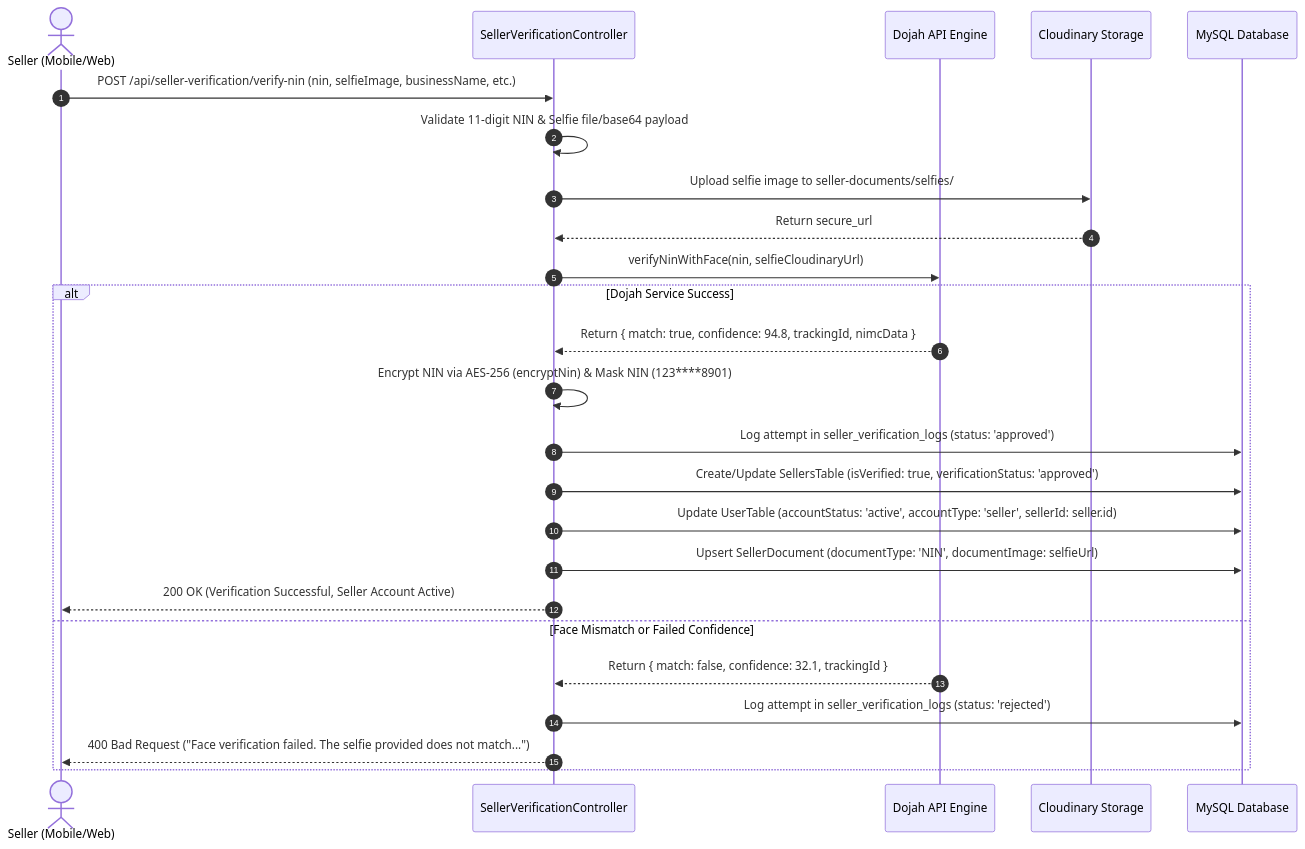
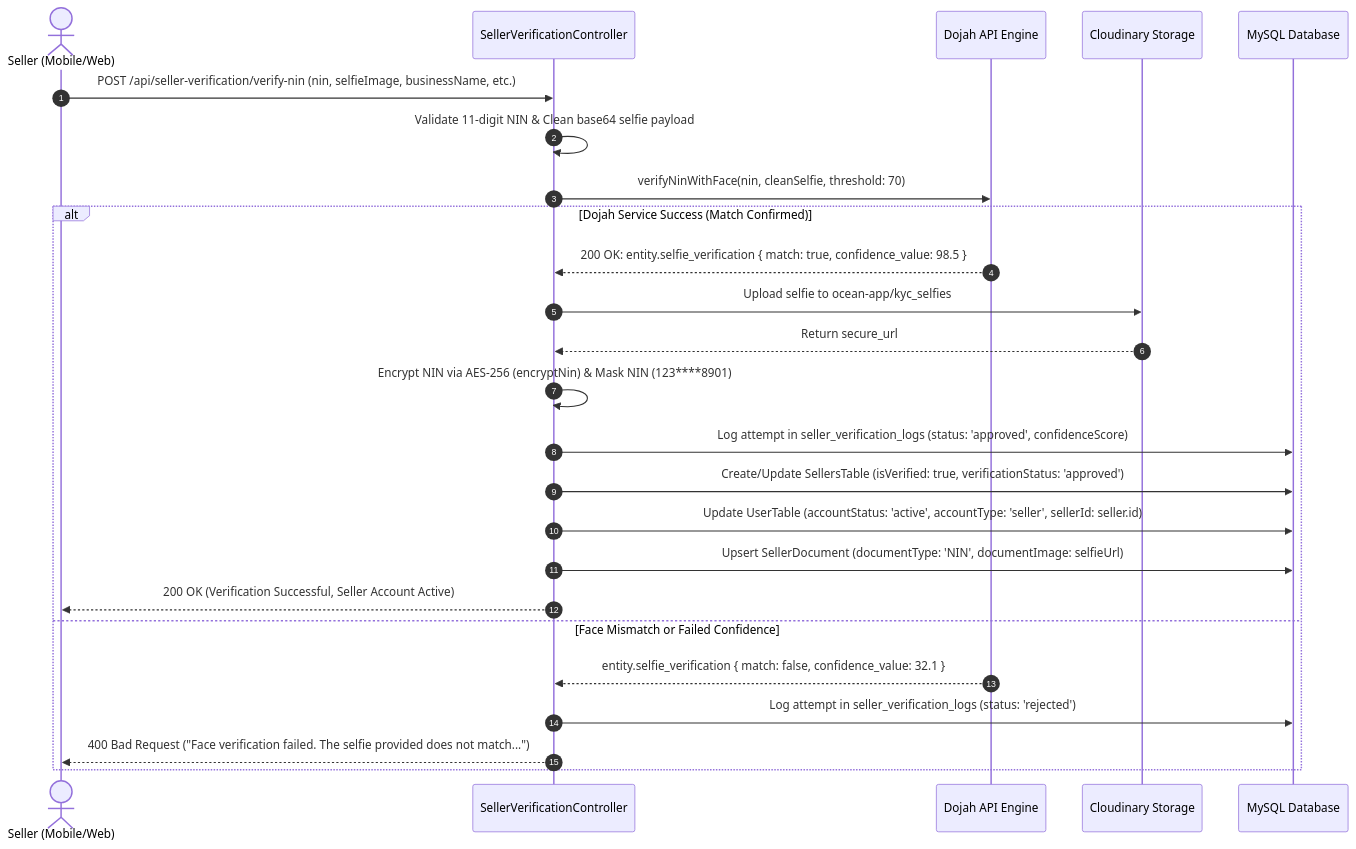
One commit to Oceanpulse-devs/ocean_app changed the diagram in ocean_server/featuresDocs/authentication/SELLER_NIN_VERIFICATION.md. Above: the diagram before and after it, drawn with Mermaid. The commit also changed other lines of this file and 4 other files, not shown here.

Commit message:
feat: update Dojah NIN verification to handle nested selfie responses and configurable threshold

````diff
--- a/ocean_server/featuresDocs/authentication/SELLER_NIN_VERIFICATION.md
+++ b/ocean_server/featuresDocs/authentication/SELLER_NIN_VERIFICATION.md
@@ -58,28 +58,28 @@
 ```mermaid
 sequenceDiagram
     autonumber
     actor Seller as Seller (Mobile/Web)
     participant API as SellerVerificationController
     participant Dojah as Dojah API Engine
     participant Cloudinary as Cloudinary Storage
     participant DB as MySQL Database
 
     Seller->>API: POST /api/seller-verification/verify-nin (nin, selfieImage, businessName, etc.)
-    API->>API: Validate 11-digit NIN & Selfie file/base64 payload
-    API->>Cloudinary: Upload selfie image to seller-documents/selfies/
-    Cloudinary-->>API: Return secure_url
-    API->>Dojah: verifyNinWithFace(nin, selfieCloudinaryUrl)
-    alt Dojah Service Success
-        Dojah-->>API: Return { match: true, confidence: 94.8, trackingId, nimcData }
+    API->>API: Validate 11-digit NIN & Clean base64 selfie payload
+    API->>Dojah: verifyNinWithFace(nin, cleanSelfie, threshold: 70)
+    alt Dojah Service Success (Match Confirmed)
+        Dojah-->>API: 200 OK: entity.selfie_verification { match: true, confidence_value: 98.5 }
+        API->>Cloudinary: Upload selfie to ocean-app/kyc_selfies
+        Cloudinary-->>API: Return secure_url
         API->>API: Encrypt NIN via AES-256 (encryptNin) & Mask NIN (123****8901)
-        API->>DB: Log attempt in seller_verification_logs (status: 'approved')
+        API->>DB: Log attempt in seller_verification_logs (status: 'approved', confidenceScore)
         API->>DB: Create/Update SellersTable (isVerified: true, verificationStatus: 'approved')
         API->>DB: Update UserTable (accountStatus: 'active', accountType: 'seller', sellerId: seller.id)
         API->>DB: Upsert SellerDocument (documentType: 'NIN', documentImage: selfieUrl)
         API-->>Seller: 200 OK (Verification Successful, Seller Account Active)
     else Face Mismatch or Failed Confidence
-        Dojah-->>API: Return { match: false, confidence: 32.1, trackingId }
+        Dojah-->>API: entity.selfie_verification { match: false, confidence_value: 32.1 }
         API->>DB: Log attempt in seller_verification_logs (status: 'rejected')
         API-->>Seller: 400 Bad Request ("Face verification failed. The selfie provided does not match...")
     end
 ```
````
